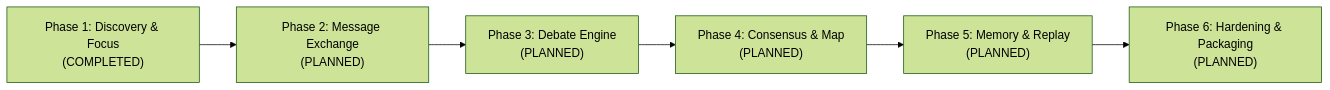
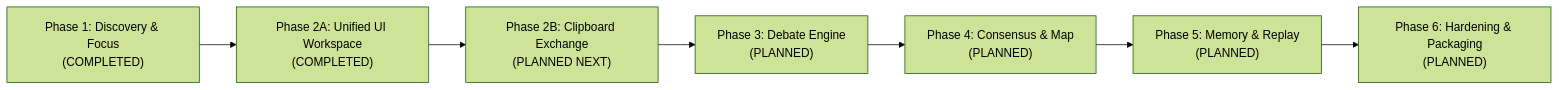
The diagram in docs/ROADMAP.md (abhishekbruno/triad-desktop), drawn with Mermaid (forest theme) before and after one commit. The commit also changed other lines of this file and 32 other files, not shown here.

Commit message:
feat(ui): implement unified TRIAD desktop workspace

````diff
--- a/docs/ROADMAP.md
+++ b/docs/ROADMAP.md
@@ -9,8 +9,9 @@
 ```mermaid
 flowchart LR
-    P1["Phase 1: Discovery & Focus<br/>(COMPLETED)"] --> P2["Phase 2: Message Exchange<br/>(PLANNED)"]
-    P2 --> P3["Phase 3: Debate Engine<br/>(PLANNED)"]
+    P1["Phase 1: Discovery & Focus<br/>(COMPLETED)"] --> P2A["Phase 2A: Unified UI Workspace<br/>(COMPLETED)"]
+    P2A --> P2B["Phase 2B: Clipboard Exchange<br/>(PLANNED NEXT)"]
+    P2B --> P3["Phase 3: Debate Engine<br/>(PLANNED)"]
     P3 --> P4["Phase 4: Consensus & Map<br/>(PLANNED)"]
     P4 --> P5["Phase 5: Memory & Replay<br/>(PLANNED)"]
     P5 --> P6["Phase 6: Hardening & Packaging<br/>(PLANNED)"]
 ```
````
